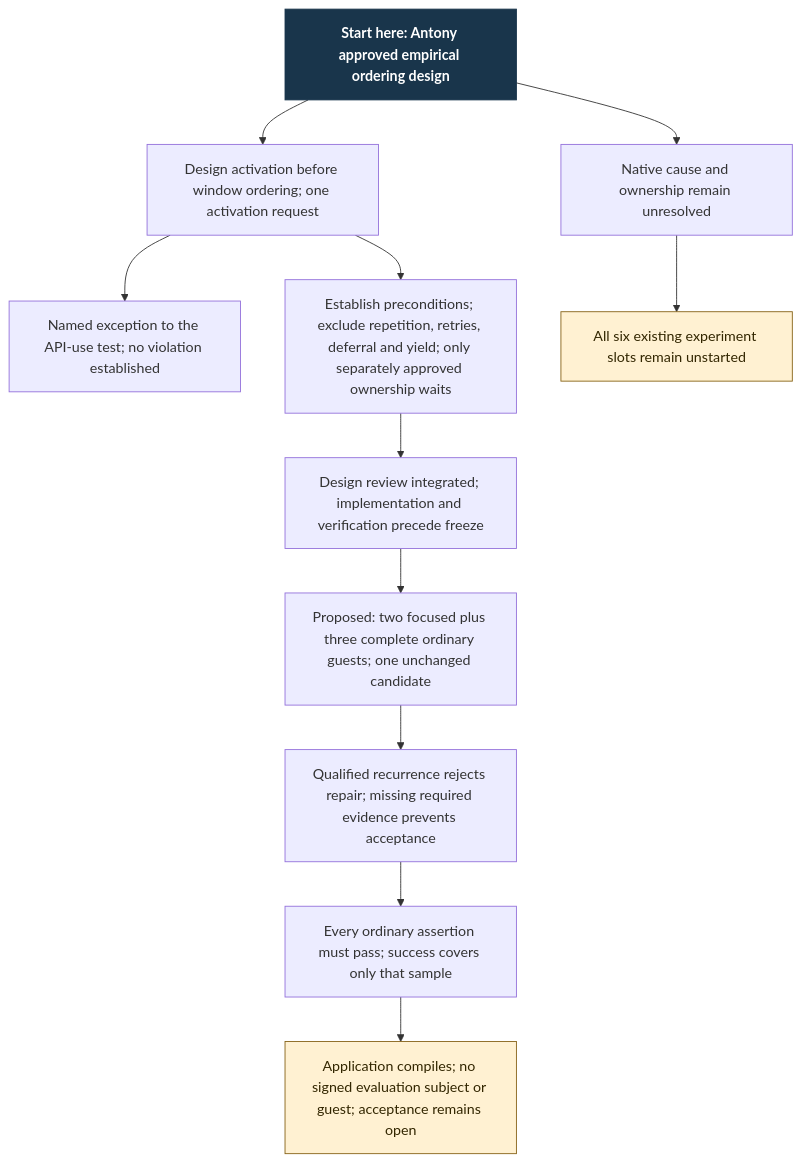
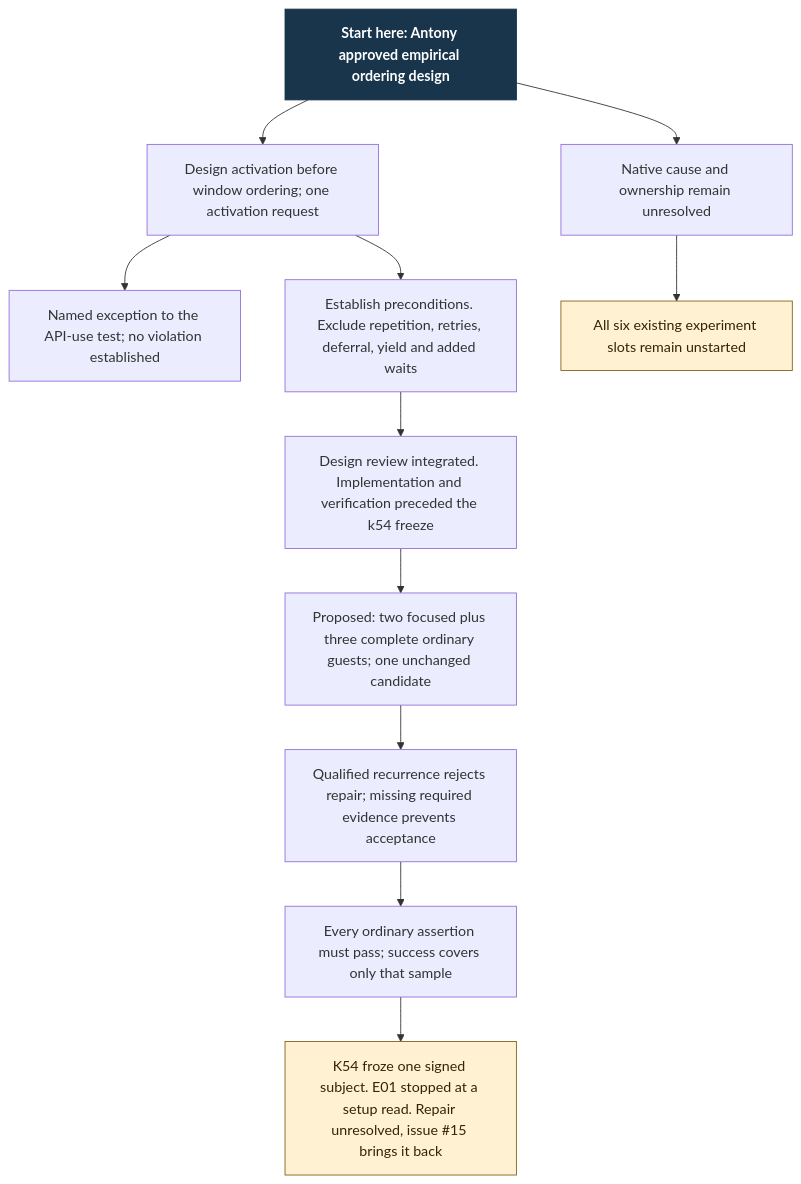
The diagram in docs/design/architecture/settings-activation/scope-choice.mmd (Linkuistics/Koine), drawn with Mermaid before and after one commit. The commit also changed 15 other files, not shown here.

```diff
--- a/docs/design/architecture/settings-activation/scope-choice.mmd
+++ b/docs/design/architecture/settings-activation/scope-choice.mmd
@@ -1,14 +1,14 @@
 flowchart TD
     S["Start here: Antony approved empirical ordering design"]:::start
     S --> A["Design activation before window ordering; one activation request"]
     A --> J["Named exception to the API-use test; no violation established"]
-    A --> A1["Establish preconditions; exclude repetition, retries, deferral and yield; only separately approved ownership waits"]
-    A1 --> A2["Design review integrated; implementation and verification precede freeze"]
+    A --> A1["Establish preconditions. Exclude repetition, retries, deferral, yield and added waits"]
+    A1 --> A2["Design review integrated. Implementation and verification preceded the k54 freeze"]
     A2 --> T["Proposed: two focused plus three complete ordinary guests; one unchanged candidate"]
     T --> F["Qualified recurrence rejects repair; missing required evidence prevents acceptance"]
     F --> P["Every ordinary assertion must pass; success covers only that sample"]
     S --> C["Native cause and ownership remain unresolved"]
     C --> H["All six existing experiment slots remain unstarted"]:::hold
-    P --> N["Application compiles; no signed evaluation subject or guest; acceptance remains open"]:::hold
+    P --> N["K54 froze one signed subject. E01 stopped at a setup read. Repair unresolved, issue #15 brings it back"]:::hold
     classDef start fill:#19354b,color:#fff,font-weight:bold,stroke:#19354b
     classDef hold fill:#fff1d2,color:#322600,stroke:#866216
```
